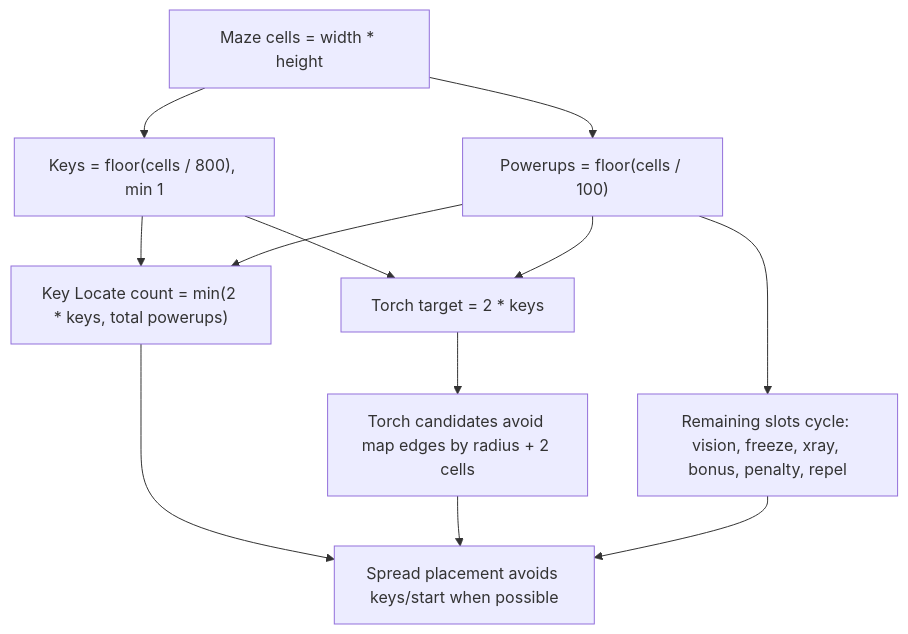
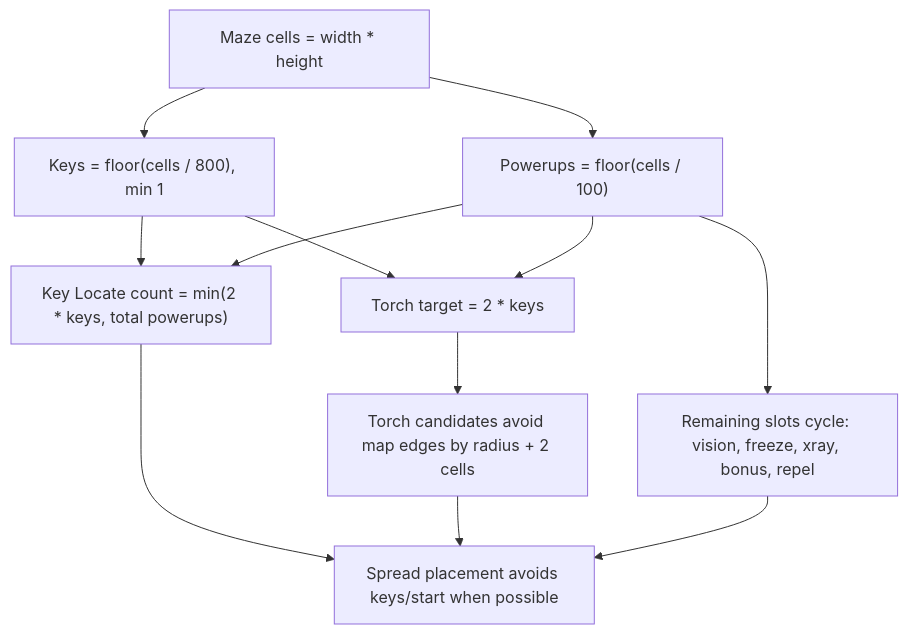
The third of 3 diagrams in README.md (Dmitriy-Romanov/laby), drawn with Mermaid before and after one commit. The commit also changed other lines of this file, not shown here.

Commit message:
Update README: score deflation, timer, removed penalty, mobile D-pad, 36px cells

````diff
--- a/README.md
+++ b/README.md
@@ -213,14 +209,14 @@
 ```mermaid
 flowchart TD
     MazeSize["Maze cells = width * height"] --> Keys["Keys = floor(cells / 800), min 1"]
     MazeSize --> Powerups["Powerups = floor(cells / 100)"]
     Keys --> KeyScan["Key Locate count = min(2 * keys, total powerups)"]
     Keys --> Torch["Torch target = 2 * keys"]
     Powerups --> KeyScan
     Powerups --> Torch
-    Powerups --> Other["Remaining slots cycle: vision, freeze, xray, bonus, penalty, repel"]
+    Powerups --> Other["Remaining slots cycle: vision, freeze, xray, bonus, repel"]
     Torch --> EdgeRule["Torch candidates avoid map edges by radius + 2 cells"]
     KeyScan --> Placement["Spread placement avoids keys/start when possible"]
     EdgeRule --> Placement
     Other --> Placement
 ```
````
